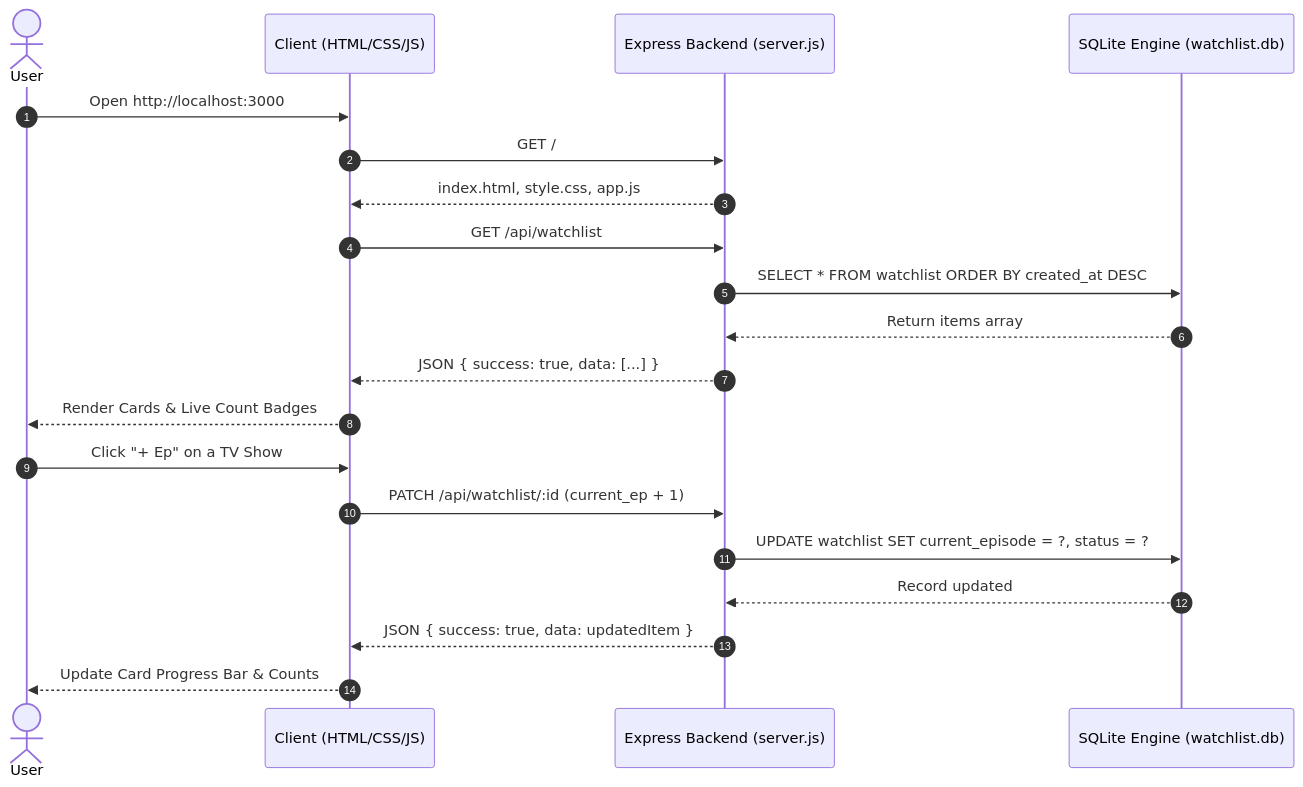
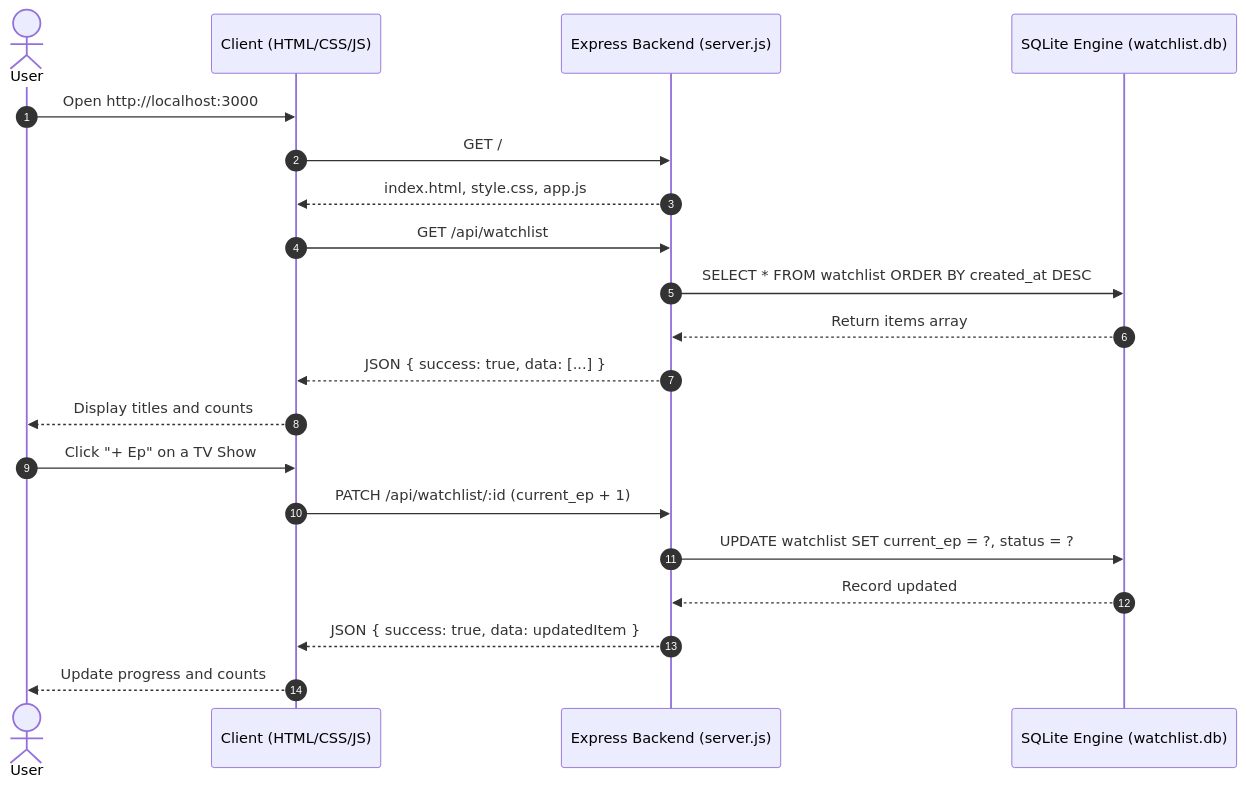
Before and after one commit to smrsrh-cs/next-up-watchlist: the second of 2 diagrams in README.md, drawn with Mermaid. The commit also changed other lines of this file and 8 other files, not shown here.

````diff
--- a/README.md
+++ b/README.md
@@ -56,25 +111,25 @@
 ```mermaid
 sequenceDiagram
     autonumber
     actor User
     participant Browser as Client (HTML/CSS/JS)
     participant Server as Express Backend (server.js)
     participant DB as SQLite Engine (watchlist.db)
 
     User->>Browser: Open http://localhost:3000
     Browser->>Server: GET /
     Server-->>Browser: index.html, style.css, app.js
-    
+
     Browser->>Server: GET /api/watchlist
     Server->>DB: SELECT * FROM watchlist ORDER BY created_at DESC
     DB-->>Server: Return items array
     Server-->>Browser: JSON { success: true, data: [...] }
-    Browser-->>User: Render Cards & Live Count Badges
+    Browser-->>User: Display titles and counts
 
     User->>Browser: Click "+ Ep" on a TV Show
     Browser->>Server: PATCH /api/watchlist/:id (current_ep + 1)
-    Server->>DB: UPDATE watchlist SET current_episode = ?, status = ?
+    Server->>DB: UPDATE watchlist SET current_ep = ?, status = ?
     DB-->>Server: Record updated
     Server-->>Browser: JSON { success: true, data: updatedItem }
-    Browser-->>User: Update Card Progress Bar & Counts
+    Browser-->>User: Update progress and counts
 ```
````
